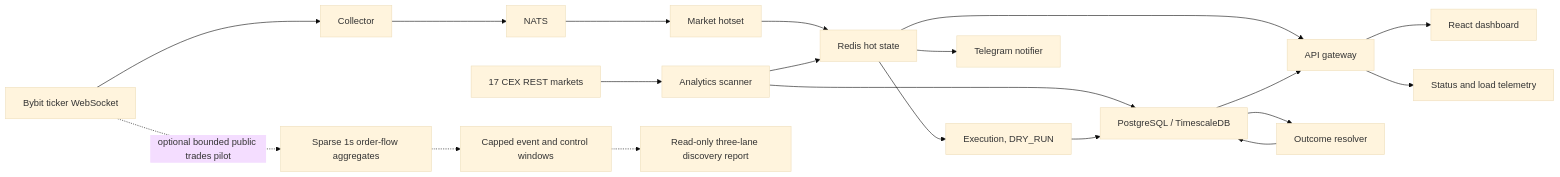
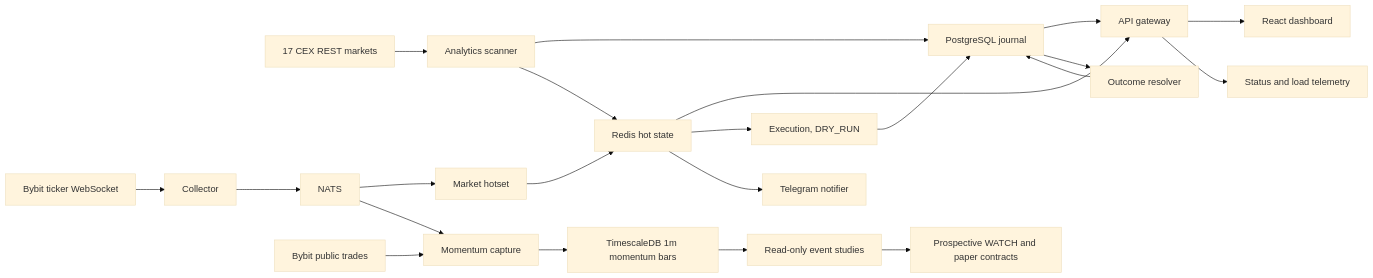
Before and after one commit to mavlevich/schurfer: the diagram in README.md, drawn with Mermaid (base theme). The commit also changed other lines of this file and 17 other files, not shown here.

````diff
--- a/README.md
+++ b/README.md
@@ -31,23 +35,25 @@
 ```mermaid
 flowchart LR
     CEX["17 CEX REST markets"] --> SCAN["Analytics scanner"]
     BYBIT["Bybit ticker WebSocket"] --> COL["Collector"]
     COL --> NATS["NATS"]
     NATS --> HOT["Market hotset"]
     HOT --> REDIS["Redis hot state"]
-    SCAN --> PG["PostgreSQL / TimescaleDB"]
+    NATS --> MOM["Momentum capture"]
+    TRADES["Bybit public trades"] --> MOM
+    MOM --> TS["TimescaleDB 1m momentum bars"]
+    SCAN --> PG["PostgreSQL journal"]
     SCAN --> REDIS
     REDIS --> API["API gateway"]
     PG --> API
     REDIS --> EXEC["Execution, DRY_RUN"]
     EXEC --> PG
     PG --> RESOLVE["Outcome resolver"]
     RESOLVE --> PG
     REDIS --> NOTIFY["Telegram notifier"]
     API --> WEB["React dashboard"]
     API --> STATUS["Status and load telemetry"]
 
-    BYBIT -. "optional bounded public trades pilot" .-> FLOW["Sparse 1s order-flow aggregates"]
-    FLOW -.-> FILES["Capped event and control windows"]
-    FILES -.-> OFREPORT["Read-only three-lane discovery report"]
+    TS --> STUDY["Read-only event studies"]
+    STUDY --> WATCH["Prospective WATCH and paper contracts"]
 ```
````
